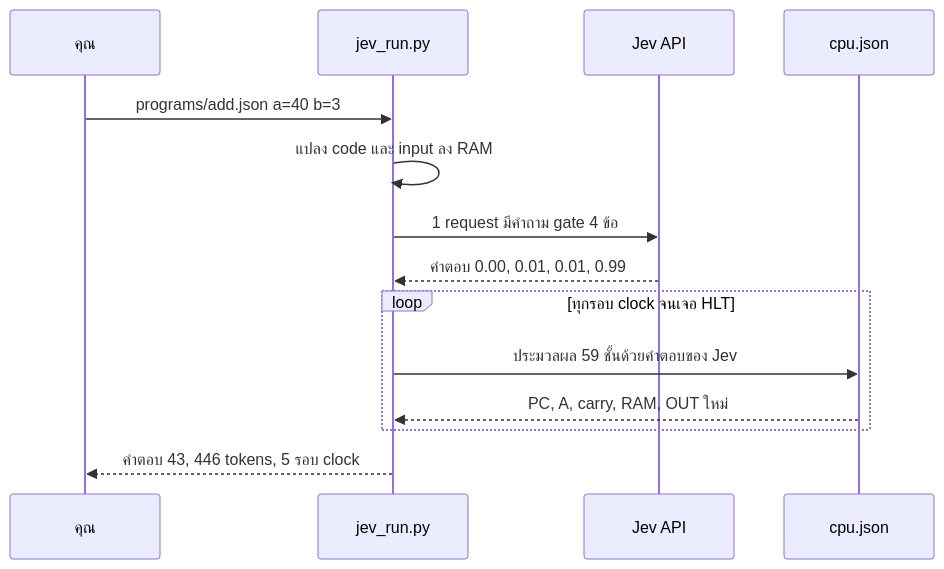
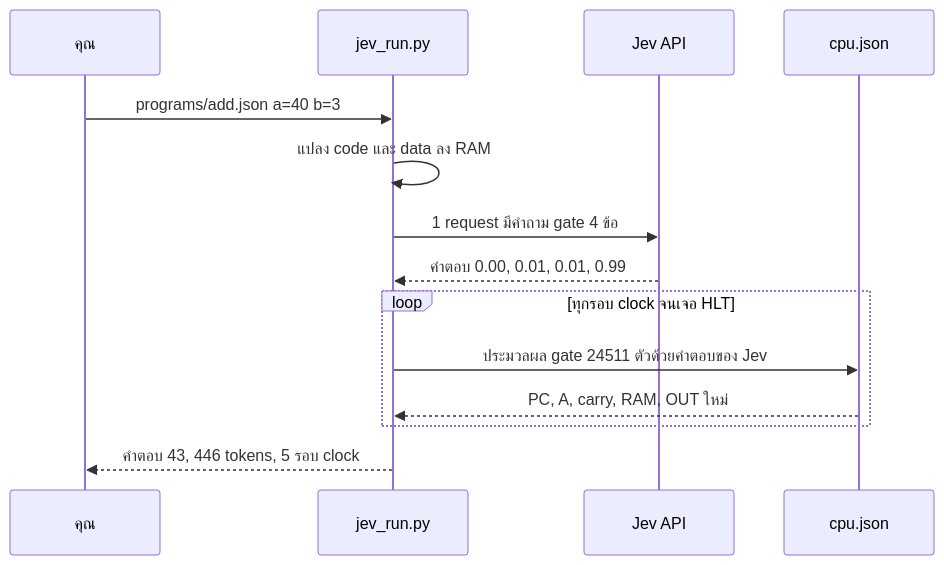
The third of 3 diagrams in README.th.md (RiwRiwara/jev-computer), drawn with Mermaid before and after one commit. The commit also changed other lines of this file and 19 other files, not shown here.

````diff
--- a/README.th.md
+++ b/README.th.md
@@ -190,16 +198,16 @@
 ```mermaid
 sequenceDiagram
     participant U as คุณ
     participant R as jev_run.py
     participant J as Jev API
     participant C as cpu.json
     U->>R: programs/add.json a=40 b=3
-    R->>R: แปลง code และ input ลง RAM
+    R->>R: แปลง code และ data ลง RAM
     R->>J: 1 request มีคำถาม gate 4 ข้อ
     J-->>R: คำตอบ 0.00, 0.01, 0.01, 0.99
     loop ทุกรอบ clock จนเจอ HLT
-        R->>C: ประมวลผล 59 ชั้นด้วยคำตอบของ Jev
+        R->>C: ประมวลผล gate 24511 ตัวด้วยคำตอบของ Jev
         C-->>R: PC, A, carry, RAM, OUT ใหม่
     end
     R-->>U: คำตอบ 43, 446 tokens, 5 รอบ clock
 ```
````
